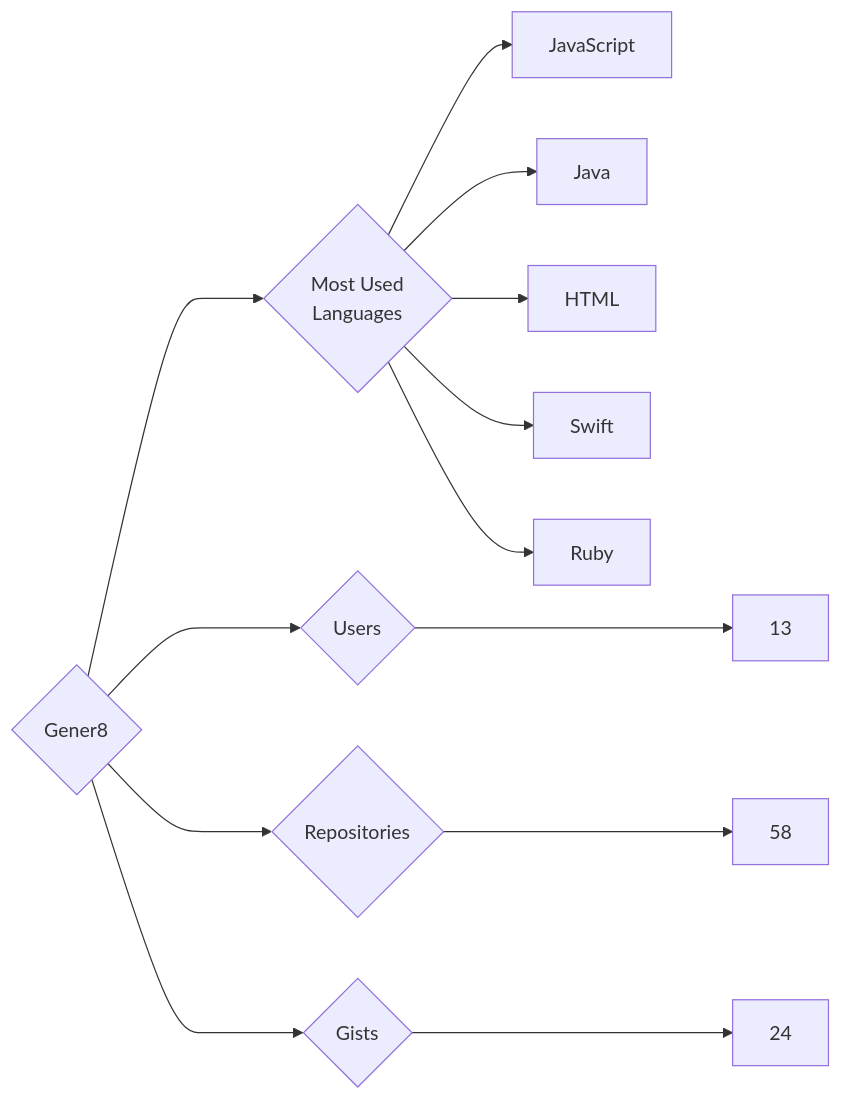
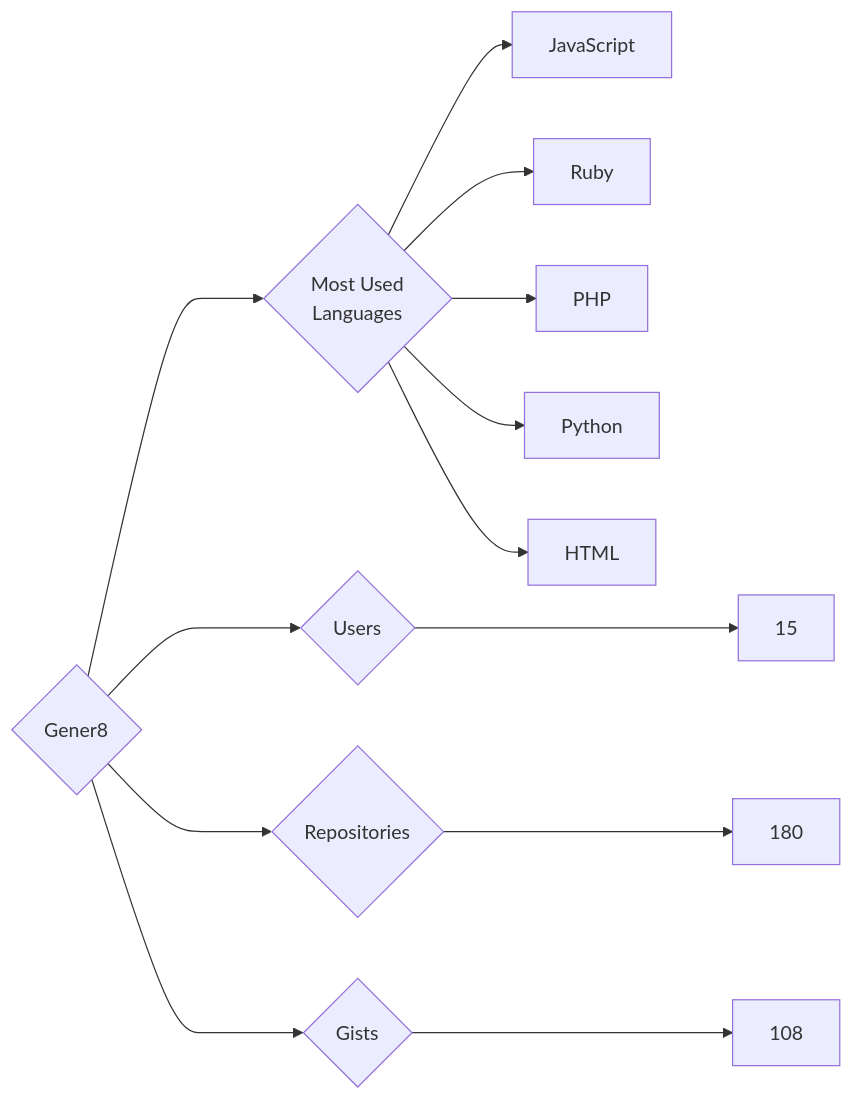
One commit to trickest/insiders changed the diagram in targets/Gener8/README.md. Above: the diagram before and after it, drawn with Mermaid. The commit also changed 953 other files, not shown here.

````diff
--- a/targets/Gener8/README.md
+++ b/targets/Gener8/README.md
@@ -3,13 +3,13 @@
 ```mermaid
 graph LR
 COMPANY_NAME{Gener8}
-COMPANY_NAME ---> U{Users} ---> UN[13]
-COMPANY_NAME ---> R{Repositories} ---> RN[58]
-COMPANY_NAME ---> G{Gists} ---> GN[24]
+COMPANY_NAME ---> U{Users} ---> UN[15]
+COMPANY_NAME ---> R{Repositories} ---> RN[180]
+COMPANY_NAME ---> G{Gists} ---> GN[108]
 COMPANY_NAME ---> ML{Most Used<br>Languages}
 ML --> JavaScript[JavaScript]
-ML --> Java[Java]
+ML --> Ruby[Ruby]
+ML --> PHP[PHP]
+ML --> Python[Python]
 ML --> HTML[HTML]
-ML --> Swift[Swift]
-ML --> Ruby[Ruby]
 ```
````
